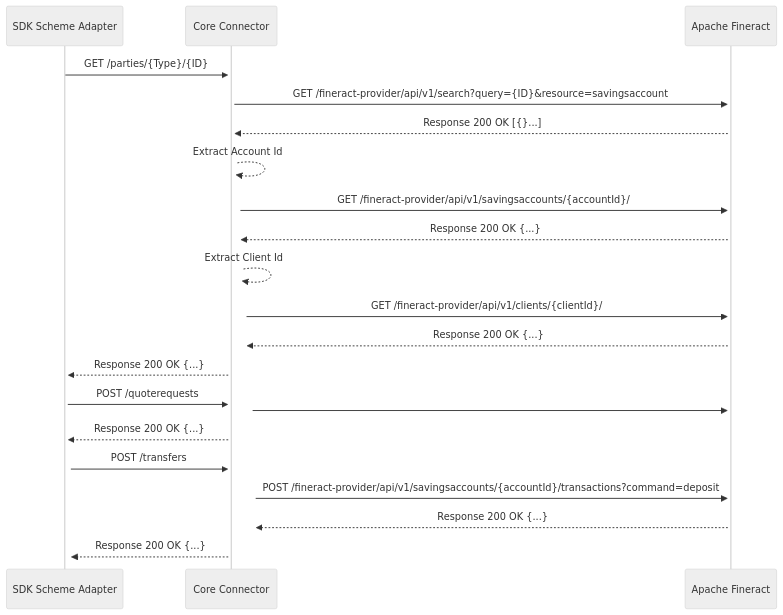
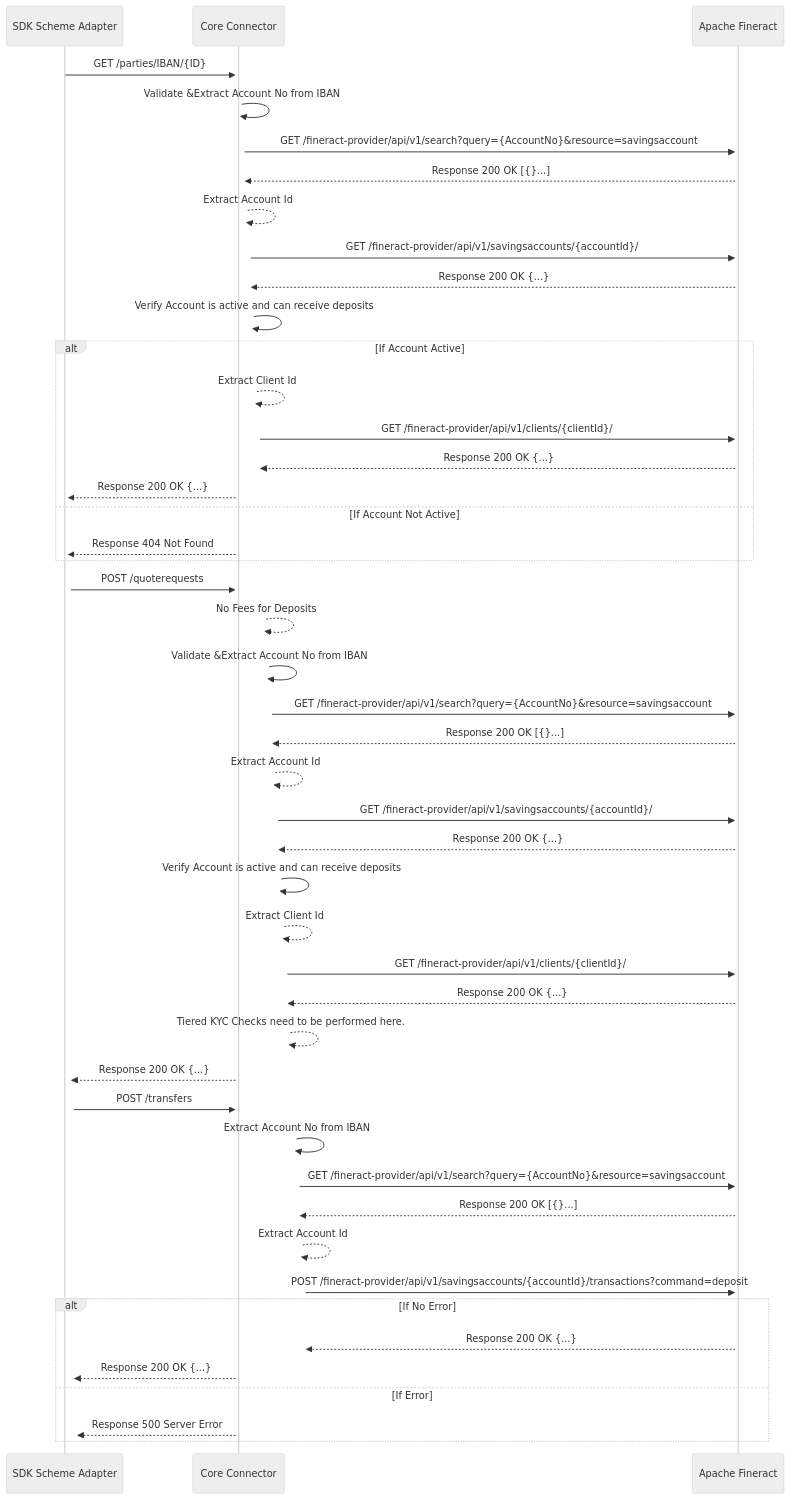
Before and after one commit to mojaloop/mifos-core-connector-docs: the diagram in README.md, drawn with Mermaid (neutral theme). The commit also changed other lines of this file, not shown here.

````diff
--- a/README.md
+++ b/README.md
@@ -77,21 +74,45 @@
 ```mermaid
 sequenceDiagram
-    SDK Scheme Adapter->>+Core Connector: GET /parties/{Type}/{ID}
-    Core Connector->>+Apache Fineract: GET /fineract-provider/api/v1/search?query={ID}&resource=savingsaccount
+    SDK Scheme Adapter->>+Core Connector: GET /parties/IBAN/{ID}
+    Core Connector->>+Core Connector: Validate &Extract Account No from IBAN
+    Core Connector->>+Apache Fineract: GET /fineract-provider/api/v1/search?query={AccountNo}&resource=savingsaccount
     Apache Fineract-->>+Core Connector: Response 200 OK [{}...]
     Core Connector-->>+Core Connector: Extract Account Id
     Core Connector->>+Apache Fineract: GET /fineract-provider/api/v1/savingsaccounts/{accountId}/
     Apache Fineract-->>+Core Connector: Response 200 OK {...}
+    Core Connector->>+Core Connector: Verify Account is active and can receive deposits
+    Alt If Account Active
     Core Connector-->>+Core Connector: Extract Client Id
     Core Connector->>+Apache Fineract: GET /fineract-provider/api/v1/clients/{clientId}/
     Apache Fineract-->>+Core Connector: Response 200 OK {...}
     Core Connector-->>+SDK Scheme Adapter: Response 200 OK {...}
+    Else If Account Not Active
+    Core Connector-->>+SDK Scheme Adapter: Response 404 Not Found
+    End
     SDK Scheme Adapter->>+Core Connector: POST /quoterequests
-    Core Connector->>+Apache Fineract: 
+    Core Connector-->>+Core Connector: No Fees for Deposits
+    Core Connector->>+Core Connector: Validate &Extract Account No from IBAN
+    Core Connector->>+Apache Fineract: GET /fineract-provider/api/v1/search?query={AccountNo}&resource=savingsaccount
+    Apache Fineract-->>+Core Connector: Response 200 OK [{}...]
+    Core Connector-->>+Core Connector: Extract Account Id
+    Core Connector->>+Apache Fineract: GET /fineract-provider/api/v1/savingsaccounts/{accountId}/
+    Apache Fineract-->>+Core Connector: Response 200 OK {...}
+    Core Connector->>+Core Connector: Verify Account is active and can receive deposits
+    Core Connector-->>+Core Connector: Extract Client Id
+    Core Connector->>+Apache Fineract: GET /fineract-provider/api/v1/clients/{clientId}/
+    Apache Fineract-->>+Core Connector: Response 200 OK {...}
+    Core Connector-->>+Core Connector: Tiered KYC Checks need to be performed here.
     Core Connector-->>+SDK Scheme Adapter: Response 200 OK {...}
     SDK Scheme Adapter->>+Core Connector: POST /transfers
+    Core Connector->>+Core Connector: Extract Account No from IBAN
+    Core Connector->>+Apache Fineract: GET /fineract-provider/api/v1/search?query={AccountNo}&resource=savingsaccount
+    Apache Fineract-->>+Core Connector: Response 200 OK [{}...]
+    Core Connector-->>+Core Connector: Extract Account Id
     Core Connector->>+Apache Fineract: POST /fineract-provider/api/v1/savingsaccounts/{accountId}/transactions?command=deposit
+    Alt If No Error
     Apache Fineract-->>+Core Connector: Response 200 OK {...}
     Core Connector-->>+SDK Scheme Adapter: Response 200 OK {...}
-
+    Else If Error
+    Core Connector-->>+SDK Scheme Adapter: Response 500 Server Error
+    End
 ```
````
